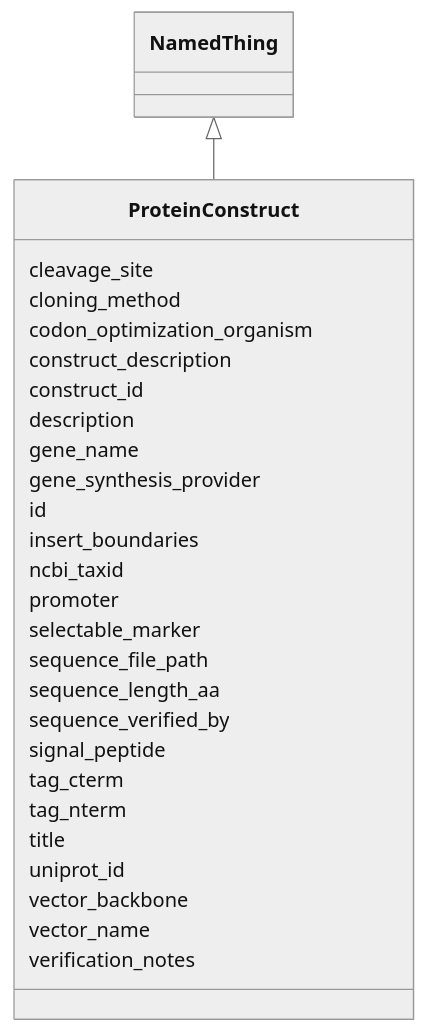
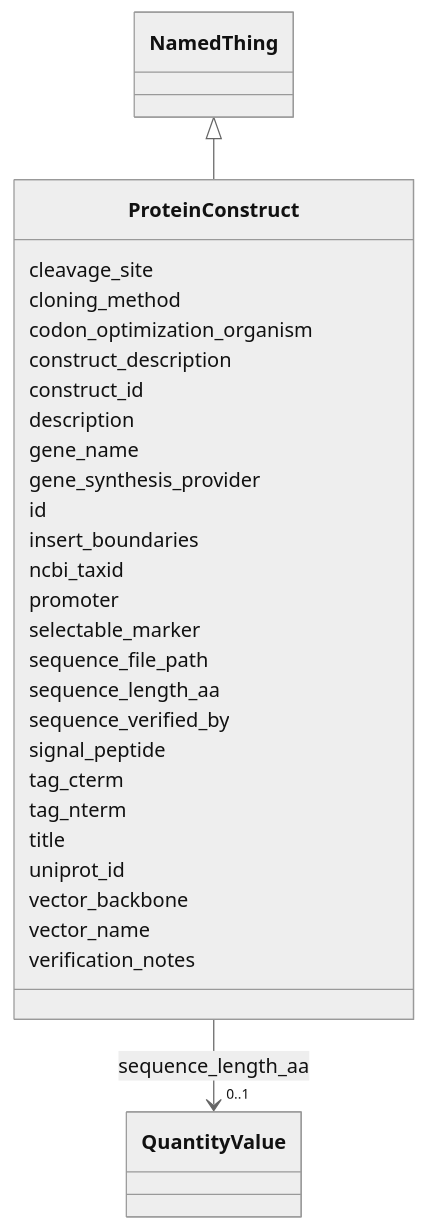
Before and after one commit to lambda-ber/lambda-ber-schema: the diagram in docs/elements/ProteinConstruct.md, drawn with Mermaid (neutral theme). The commit also changed other lines of this file and 404 other files, not shown here.

Commit message:
Update schema artifacts

````diff
--- a/docs/elements/ProteinConstruct.md
+++ b/docs/elements/ProteinConstruct.md
@@ -18,57 +18,66 @@
 ```mermaid
  classDiagram
     class ProteinConstruct
     click ProteinConstruct href "../ProteinConstruct/"
       NamedThing <|-- ProteinConstruct
         click NamedThing href "../NamedThing/"
       
       ProteinConstruct : cleavage_site
         
       ProteinConstruct : cloning_method
         
       ProteinConstruct : codon_optimization_organism
         
       ProteinConstruct : construct_description
         
       ProteinConstruct : construct_id
         
       ProteinConstruct : description
         
       ProteinConstruct : gene_name
         
       ProteinConstruct : gene_synthesis_provider
         
       ProteinConstruct : id
         
       ProteinConstruct : insert_boundaries
         
       ProteinConstruct : ncbi_taxid
         
       ProteinConstruct : promoter
         
       ProteinConstruct : selectable_marker
         
       ProteinConstruct : sequence_file_path
         
       ProteinConstruct : sequence_length_aa
         
+          
+    
+        
+        
+        ProteinConstruct --> "0..1" QuantityValue : sequence_length_aa
+        click QuantityValue href "../QuantityValue/"
+    
+
+        
       ProteinConstruct : sequence_verified_by
         
       ProteinConstruct : signal_peptide
         
       ProteinConstruct : tag_cterm
         
       ProteinConstruct : tag_nterm
         
       ProteinConstruct : title
         
       ProteinConstruct : uniprot_id
         
       ProteinConstruct : vector_backbone
         
       ProteinConstruct : vector_name
         
       ProteinConstruct : verification_notes
         
       
 ```
````
